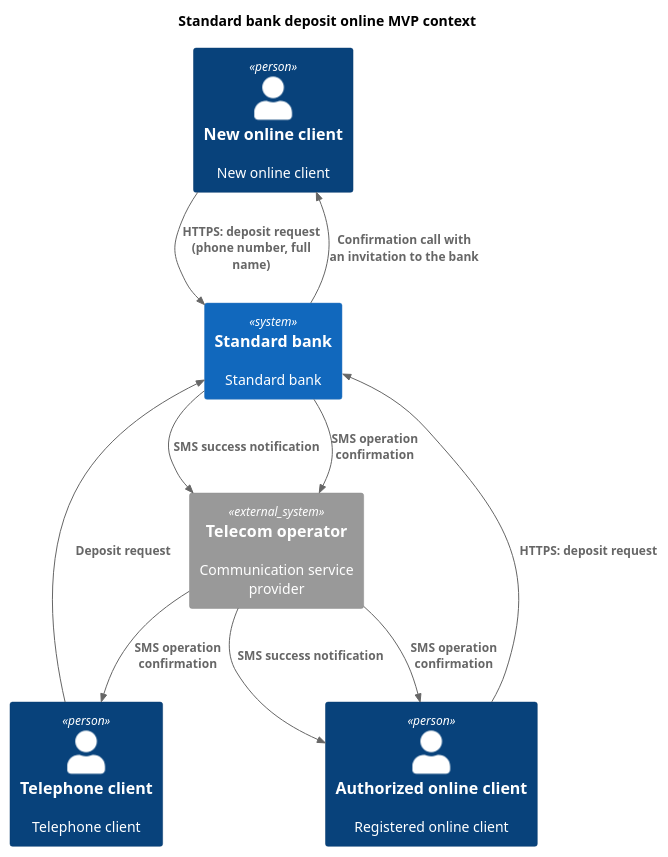
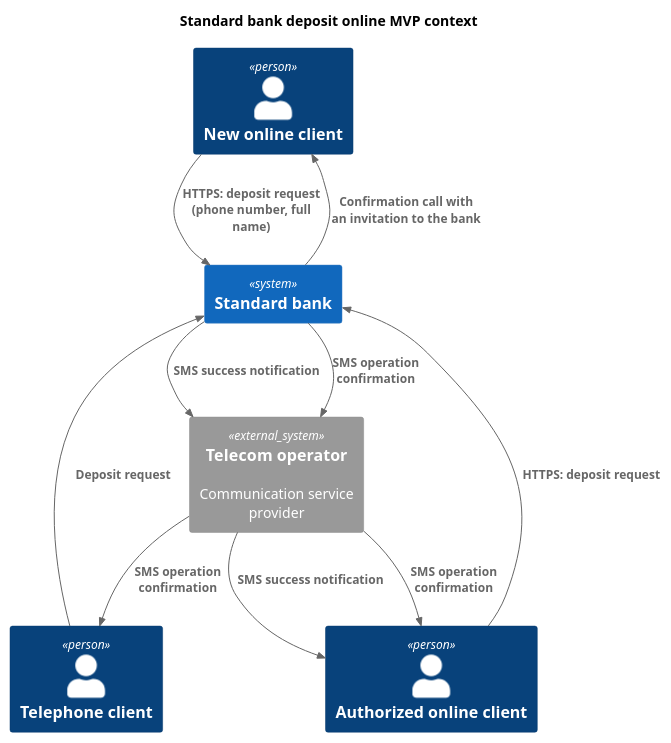
Before and after one commit to turistigor/yap-arch-task3-bank: the diagram in task3_mvp_adrs/deposit_online_mvp_c4_context.puml, drawn with PlantUML. The commit also changed 26 other files, not shown here.

```diff
--- a/task3_mvp_adrs/deposit_online_mvp_c4_context.puml
+++ b/task3_mvp_adrs/deposit_online_mvp_c4_context.puml
@@ -1,37 +1,37 @@
 @startuml deposit_online_mvp_context
 
 ' Initial settings:
 
 title Standard bank deposit online MVP context
 
 top to bottom direction
 
 !include ./lib/C4_Context.puml
 
 
 ' Actors & components:
 
-Person(new_online_client, "New online client", "New online client")
-Person(online_client, "Authorized online client", "Registered online client")
-Person(phone_client, "Telephone client", "Telephone client")
+Person(new_online_client, "New online client")
+Person(online_client, "Authorized online client")
+Person(phone_client, "Telephone client")
 
-System(bank, "Standard bank", "Standard bank")
+System(bank, "Standard bank")
 
 System_Ext(tele_operator, "Telecom operator", "Communication service provider")
 
 
 ' Relations:
 
 Rel(new_online_client, bank, "HTTPS: deposit request (phone number, full name)")
 Rel(bank, new_online_client, "Confirmation call with an invitation to the bank")
 
 Rel(online_client, bank, "HTTPS: deposit request")
 Rel(bank, tele_operator, "SMS operation confirmation")
 Rel(tele_operator, online_client, "SMS operation confirmation")
 Rel(bank, tele_operator, "SMS success notification")
 Rel(tele_operator, online_client, "SMS success notification")
 
 Rel(phone_client, bank, "Deposit request")
 Rel(tele_operator, phone_client, "SMS operation confirmation")
 
 @enduml
```
